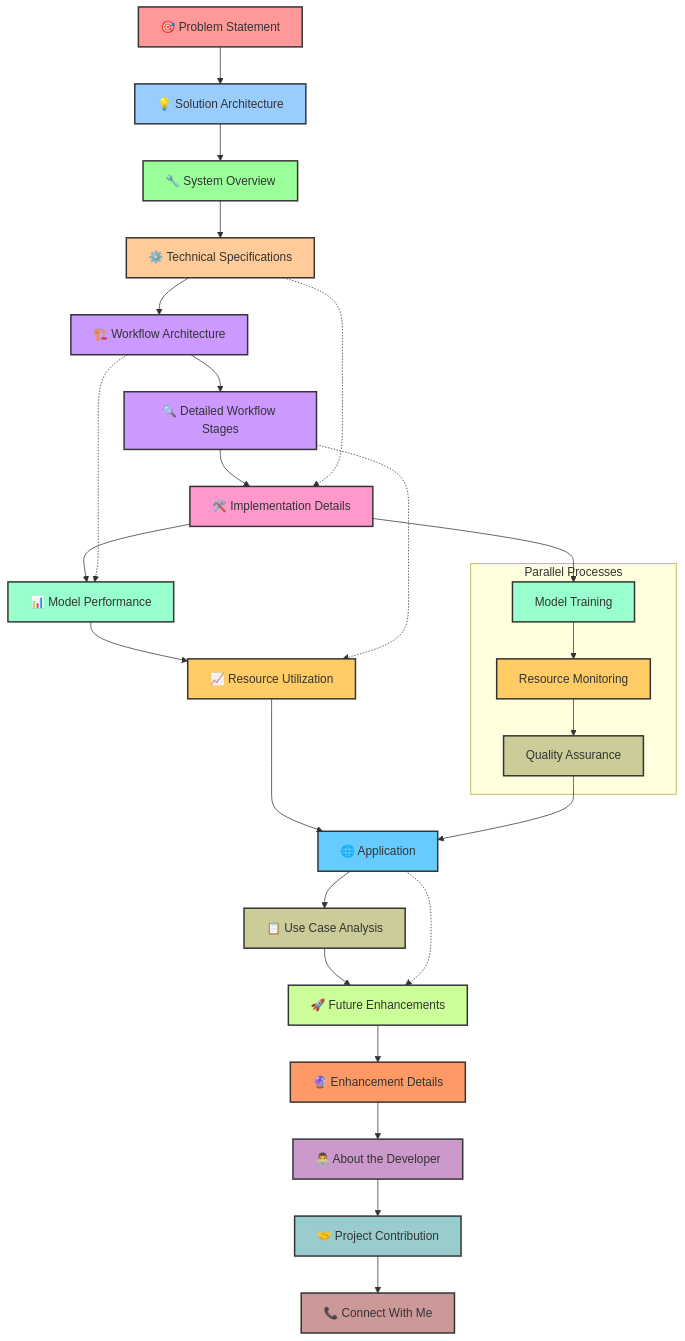
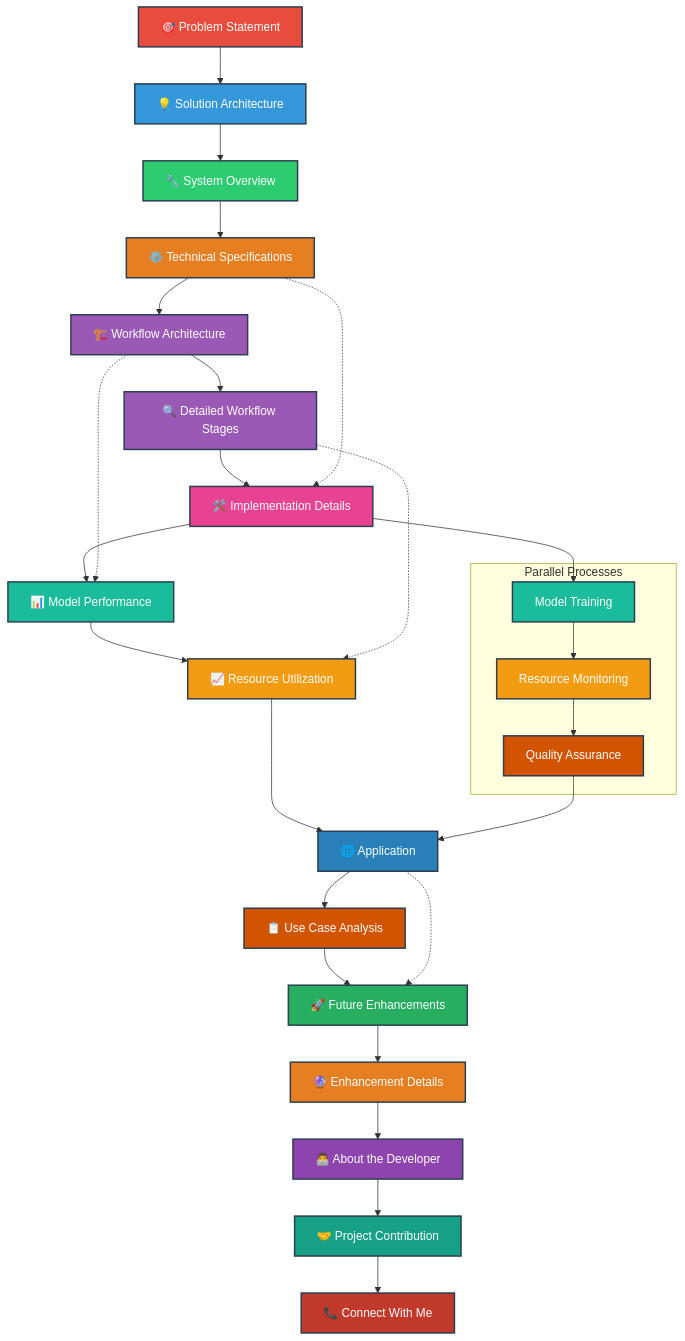
The first of 5 diagrams in README.md (Dibyendu17122003/Face-mask-detection-VGG16-ML), drawn with Mermaid before and after one commit.

````diff
--- a/README.md
+++ b/README.md
@@ -15,67 +15,68 @@
 ```mermaid
 flowchart TD
     %% Styling definitions
-    classDef problem fill:#ff9999,stroke:#333,stroke-width:2px
-    classDef solution fill:#99ccff,stroke:#333,stroke-width:2px
-    classDef system fill:#99ff99,stroke:#333,stroke-width:2px
-    classDef technical fill:#ffcc99,stroke:#333,stroke-width:2px
-    classDef workflow fill:#cc99ff,stroke:#333,stroke-width:2px
-    classDef implementation fill:#ff99cc,stroke:#333,stroke-width:2px
-    classDef performance fill:#99ffcc,stroke:#333,stroke-width:2px
-    classDef resource fill:#ffcc66,stroke:#333,stroke-width:2px
-    classDef application fill:#66ccff,stroke:#333,stroke-width:2px
-    classDef analysis fill:#cccc99,stroke:#333,stroke-width:2px
-    classDef future fill:#ccff99,stroke:#333,stroke-width:2px
-    classDef enhancement fill:#ff9966,stroke:#333,stroke-width:2px
-    classDef about fill:#cc99cc,stroke:#333,stroke-width:2px
-    classDef contribution fill:#99cccc,stroke:#333,stroke-width:2px
-    classDef connect fill:#cc9999,stroke:#333,stroke-width:2px
+    classDef problem fill:#e74c3c,stroke:#2c3e50,stroke-width:2px,color:#ffffff
+    classDef solution fill:#3498db,stroke:#2c3e50,stroke-width:2px,color:#ffffff
+    classDef system fill:#2ecc71,stroke:#2c3e50,stroke-width:2px,color:#ffffff
+    classDef technical fill:#e67e22,stroke:#2c3e50,stroke-width:2px,color:#ffffff
+    classDef workflow fill:#9b59b6,stroke:#2c3e50,stroke-width:2px,color:#ffffff
+    classDef implementation fill:#e84393,stroke:#2c3e50,stroke-width:2px,color:#ffffff
+    classDef performance fill:#1abc9c,stroke:#2c3e50,stroke-width:2px,color:#ffffff
+    classDef resource fill:#f39c12,stroke:#2c3e50,stroke-width:2px,color:#ffffff
+    classDef application fill:#2980b9,stroke:#2c3e50,stroke-width:2px,color:#ffffff
+    classDef analysis fill:#d35400,stroke:#2c3e50,stroke-width:2px,color:#ffffff
+    classDef future fill:#27ae60,stroke:#2c3e50,stroke-width:2px,color:#ffffff
+    classDef enhancement fill:#e67e22,stroke:#2c3e50,stroke-width:2px,color:#ffffff
+    classDef about fill:#8e44ad,stroke:#2c3e50,stroke-width:2px,color:#ffffff
+    classDef contribution fill:#16a085,stroke:#2c3e50,stroke-width:2px,color:#ffffff
+    classDef connect fill:#c0392b,stroke:#2c3e50,stroke-width:2px,color:#ffffff
 
     %% Problem Statement Section
     P[🎯 Problem Statement]:::problem
     
     %% Solution Architecture Section
     P --> SA[💡 Solution Architecture]:::solution
     SA --> SO[🔧 System Overview]:::system
     
     %% Technical Specifications
     SO --> TS[⚙️ Technical Specifications]:::technical
     TS --> WA[🏗️ Workflow Architecture]:::workflow
     WA --> DWS[🔍 Detailed Workflow Stages]:::workflow
     
     %% Implementation Details
     DWS --> ID[🛠️ Implementation Details]:::implementation
     ID --> MP[📊 Model Performance]:::performance
     MP --> RU[📈 Resource Utilization]:::resource
     
     %% Application Section
     RU --> APP[🌐 Application]:::application
     APP --> UCA[📋 Use Case Analysis]:::analysis
     
     %% Future Enhancements
     UCA --> FE[🚀 Future Enhancements]:::future
     FE --> ED[🔮 Enhancement Details]:::enhancement
     
     %% About the Developer
     ED --> AD[👨‍💻 About the Developer]:::about
     AD --> PC[🤝 Project Contribution]:::contribution
     PC --> CW[📞 Connect With Me]:::connect
     
-    %% Adding some additional connections for better flow
+    %% Additional connections
     TS -.-> ID
     WA -.-> MP
     DWS -.-> RU
     APP -.-> FE
 
-    %% Adding some parallel processes
+    %% Parallel Processes
     subgraph Parallel Processes
         MP2[Model Training]:::performance
         RU2[Resource Monitoring]:::resource
         QA[Quality Assurance]:::analysis
     end
     
     ID --> MP2
     MP2 --> RU2
     RU2 --> QA
     QA --> APP
+
 ```
````
